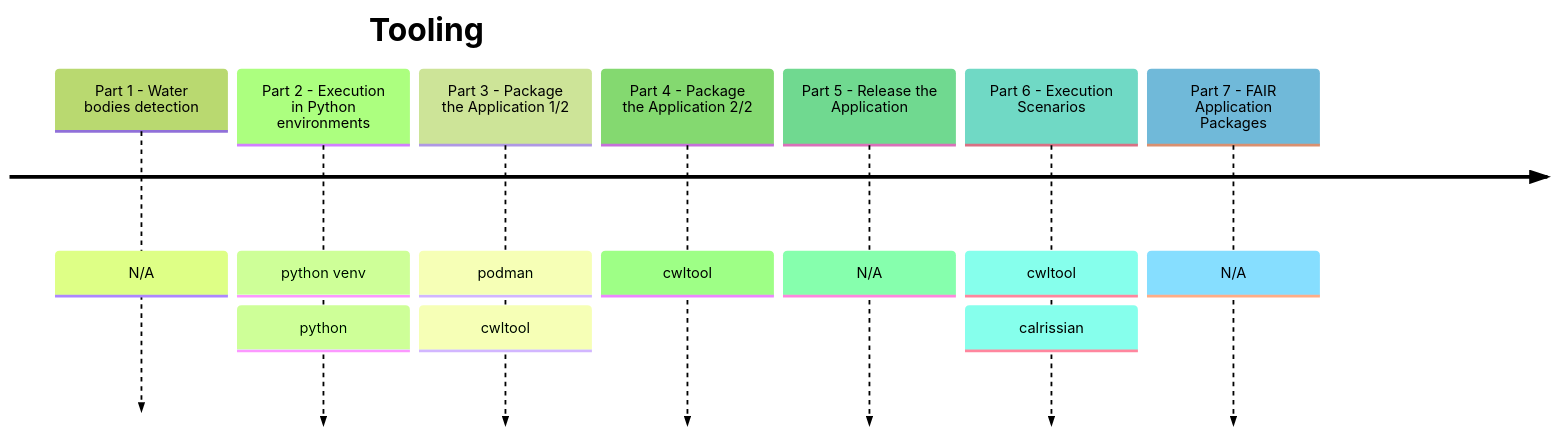
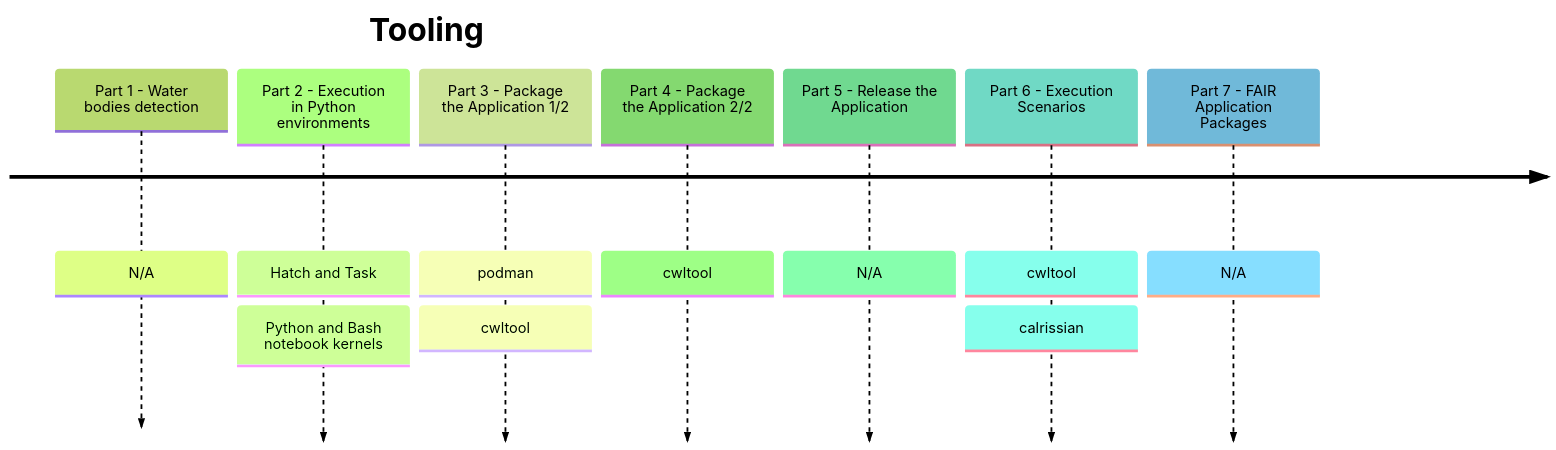
The second of 2 diagrams in docs/index.md (eoap/mastering-app-package), drawn with Mermaid before and after one commit. The commit also changed other lines of this file and 21 other files, not shown here.

````diff
--- a/docs/index.md
+++ b/docs/index.md
@@ -69,22 +69,22 @@
 ``` mermaid
 %%{init: { 'logLevel': 'debug', 'theme': 'forest' } }%%
 timeline
 title Tooling
 Part 1 - Water bodies detection
     : N/A
 Part 2 - Execution in Python environments
-    : python venv
-    : python 
+    : Hatch and Task
+    : Python and Bash notebook kernels
 Part 3 - Package the Application 1/2
     : podman
     : cwltool
 Part 4 - Package the Application 2/2
     : cwltool
 Part 5 - Release the Application
     : N/A
 Part 6 - Execution Scenarios
     : cwltool
     : calrissian
 Part 7 - FAIR Application Packages
-    : N/A 
+    : N/A
 ```
````
